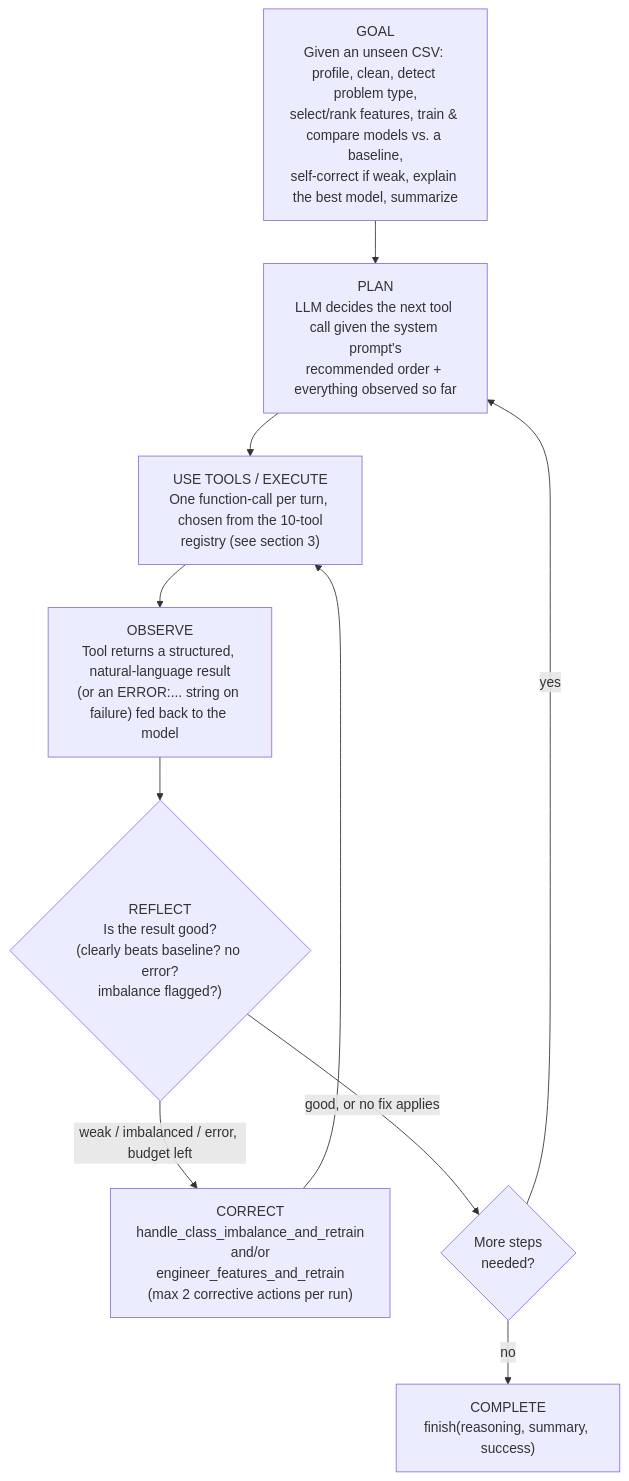
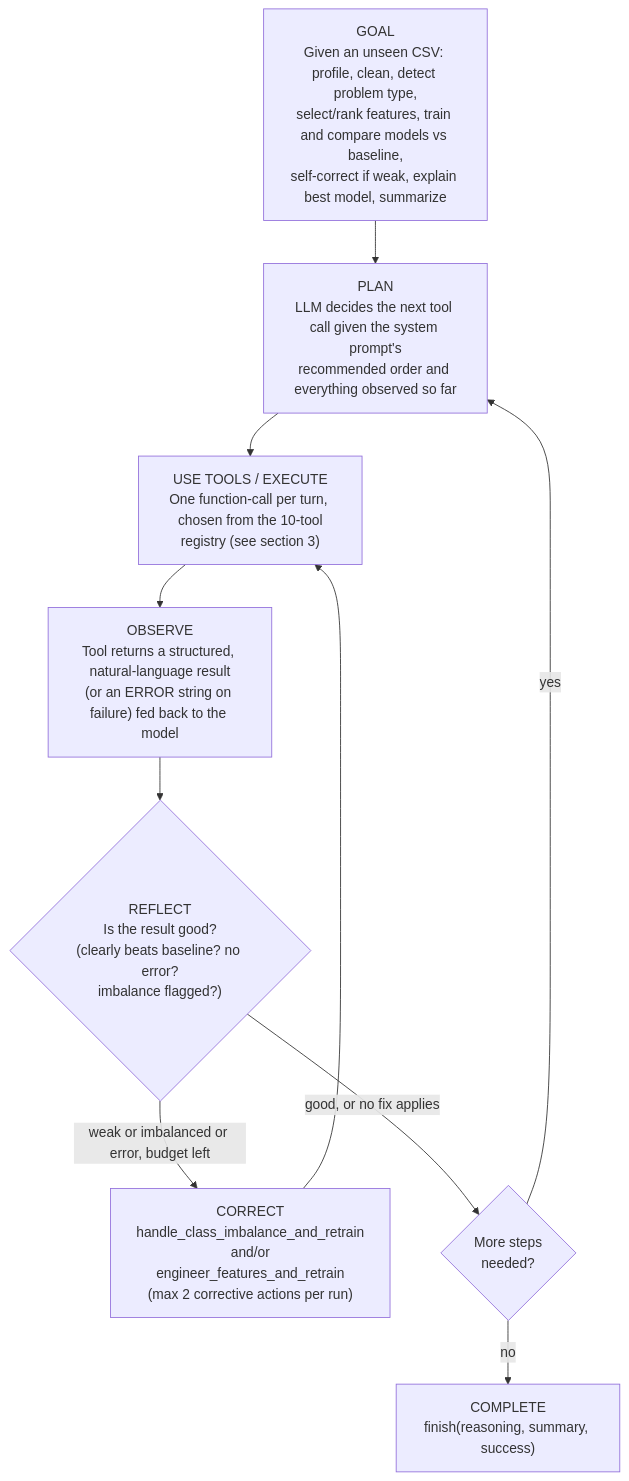
One commit to NawazJohn/Spidey-Data-Scientist changed the second of 2 diagrams in ARCHITECTURE.md. Above: the diagram before and after it, drawn with Mermaid. The commit also changed other lines of this file, not shown here.

Commit message:
fix(docs): fix Mermaid diagram syntax errors in ARCHITECTURE.md

````diff
--- a/ARCHITECTURE.md
+++ b/ARCHITECTURE.md
@@ -38,20 +38,20 @@
 ```mermaid
 flowchart TD
-    GOAL["GOAL\nGiven an unseen CSV: profile, clean, detect problem type,\nselect/rank features, train & compare models vs. a baseline,\nself-correct if weak, explain the best model, summarize"] --> PLAN
+    GOAL["GOAL<br/>Given an unseen CSV: profile, clean, detect problem type,<br/>select/rank features, train and compare models vs baseline,<br/>self-correct if weak, explain best model, summarize"] --> PLAN
 
-    PLAN["PLAN\nLLM decides the next tool call given the system prompt's\nrecommended order + everything observed so far"] --> ACT
+    PLAN["PLAN<br/>LLM decides the next tool call given the system prompt's<br/>recommended order and everything observed so far"] --> ACT
 
-    ACT["USE TOOLS / EXECUTE\nOne function-call per turn, chosen from the 10-tool\nregistry (see section 3)"] --> OBS
+    ACT["USE TOOLS / EXECUTE<br/>One function-call per turn, chosen from the 10-tool<br/>registry (see section 3)"] --> OBS
 
-    OBS["OBSERVE\nTool returns a structured, natural-language result\n(or an ERROR:... string on failure) fed back to the model"] --> REFLECT
+    OBS["OBSERVE<br/>Tool returns a structured, natural-language result<br/>(or an ERROR string on failure) fed back to the model"] --> REFLECT
 
-    REFLECT{"REFLECT\nIs the result good?\n(clearly beats baseline? no error?\nimbalance flagged?)"}
+    REFLECT{"REFLECT<br/>Is the result good?<br/>(clearly beats baseline? no error?<br/>imbalance flagged?)"}
 
-    REFLECT -->|weak / imbalanced / error, budget left| CORRECT
-    REFLECT -->|good, or no fix applies| NEXT{"More steps\nneeded?"}
+    REFLECT -->|weak or imbalanced or error, budget left| CORRECT
+    REFLECT -->|good, or no fix applies| NEXT{"More steps<br/>needed?"}
 
-    CORRECT["CORRECT\nhandle_class_imbalance_and_retrain\nand/or\nengineer_features_and_retrain\n(max 2 corrective actions per run)"] --> ACT
+    CORRECT["CORRECT<br/>handle_class_imbalance_and_retrain<br/>and/or<br/>engineer_features_and_retrain<br/>(max 2 corrective actions per run)"] --> ACT
 
     NEXT -->|yes| PLAN
-    NEXT -->|no| COMPLETE["COMPLETE\nfinish(reasoning, summary, success)"]
+    NEXT -->|no| COMPLETE["COMPLETE<br/>finish(reasoning, summary, success)"]
 ```
````
